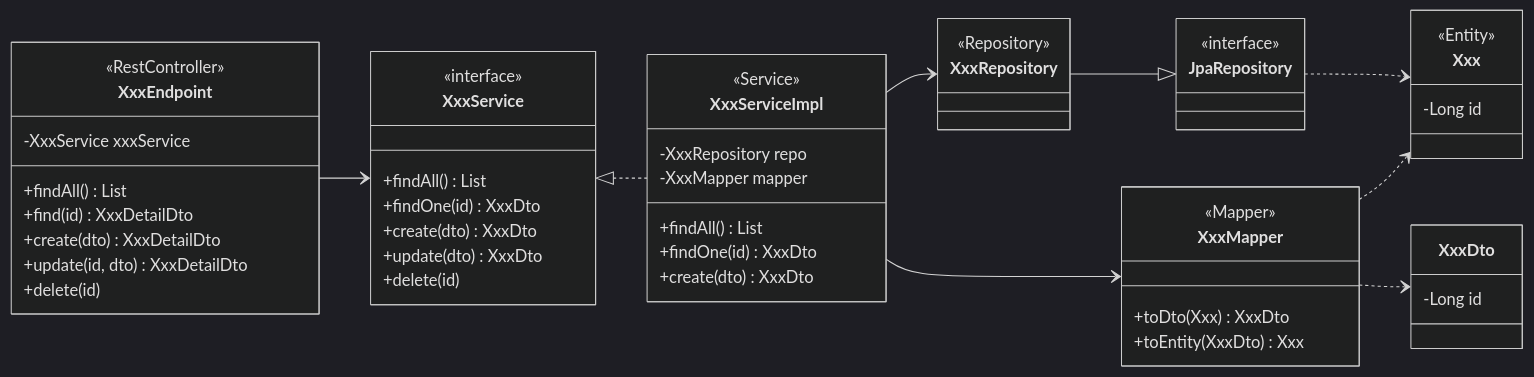
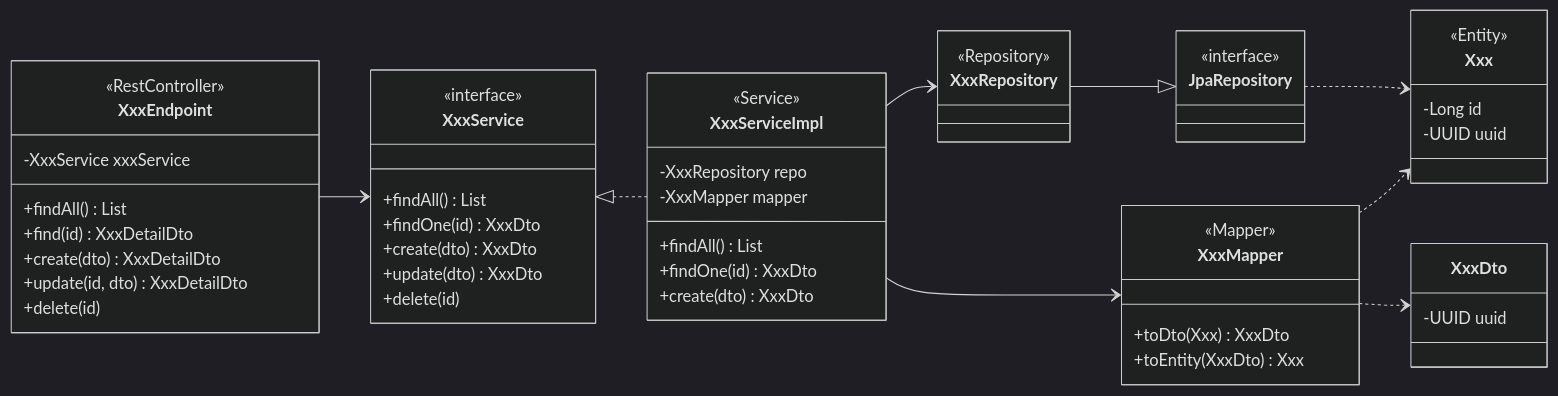
The first of 2 diagrams in Konzept/Designdokument.md (Kyrie-Jin/SE-Projekt), drawn with Mermaid (dark theme) before and after one commit. The commit also changed other lines of this file and 17 other files, not shown here.

````diff
--- a/Konzept/Designdokument.md
+++ b/Konzept/Designdokument.md
@@ -21,64 +21,65 @@
 ```mermaid
 classDiagram
     direction LR
 
     class XxxEndpoint {
         <<RestController>>
         -XxxService xxxService
         +findAll() List
         +find(id) XxxDetailDto
         +create(dto) XxxDetailDto
         +update(id, dto) XxxDetailDto
         +delete(id)
     }
 
     class XxxService {
         <<interface>>
         +findAll() List
         +findOne(id) XxxDto
         +create(dto) XxxDto
         +update(dto) XxxDto
         +delete(id)
     }
 
     class XxxServiceImpl {
         <<Service>>
         -XxxRepository repo
         -XxxMapper mapper
         +findAll() List
         +findOne(id) XxxDto
         +create(dto) XxxDto
     }
 
     class XxxRepository {
         <<Repository>>
     }
 
     class JpaRepository {
         <<interface>>
     }
 
     class Xxx {
         <<Entity>>
         -Long id
+        -UUID uuid
     }
 
     class XxxDto {
-        -Long id
+        -UUID uuid
     }
 
     class XxxMapper {
         <<Mapper>>
         +toDto(Xxx) XxxDto
         +toEntity(XxxDto) Xxx
     }
 
     XxxEndpoint --> XxxService
     XxxService <|.. XxxServiceImpl
     XxxServiceImpl --> XxxMapper
     XxxServiceImpl --> XxxRepository
     XxxRepository --|> JpaRepository
     JpaRepository ..> Xxx
     XxxMapper ..> Xxx
     XxxMapper ..> XxxDto
 ```
````
